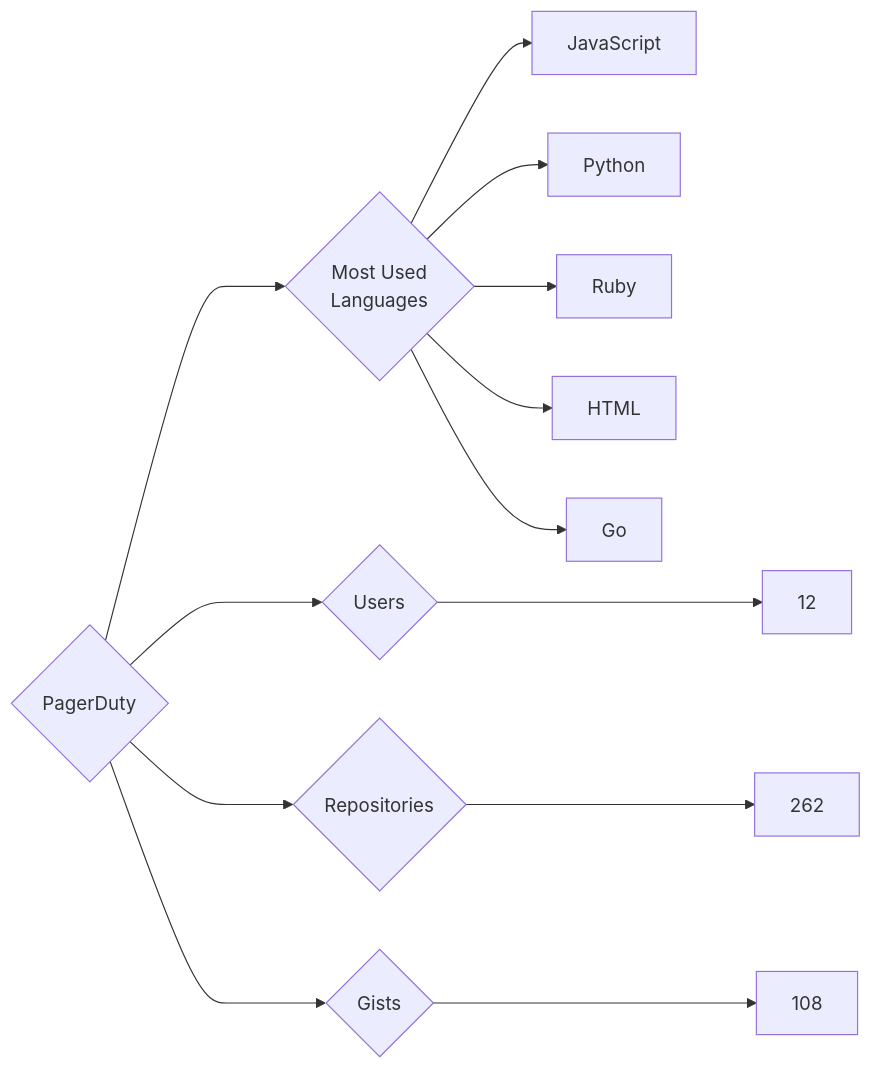
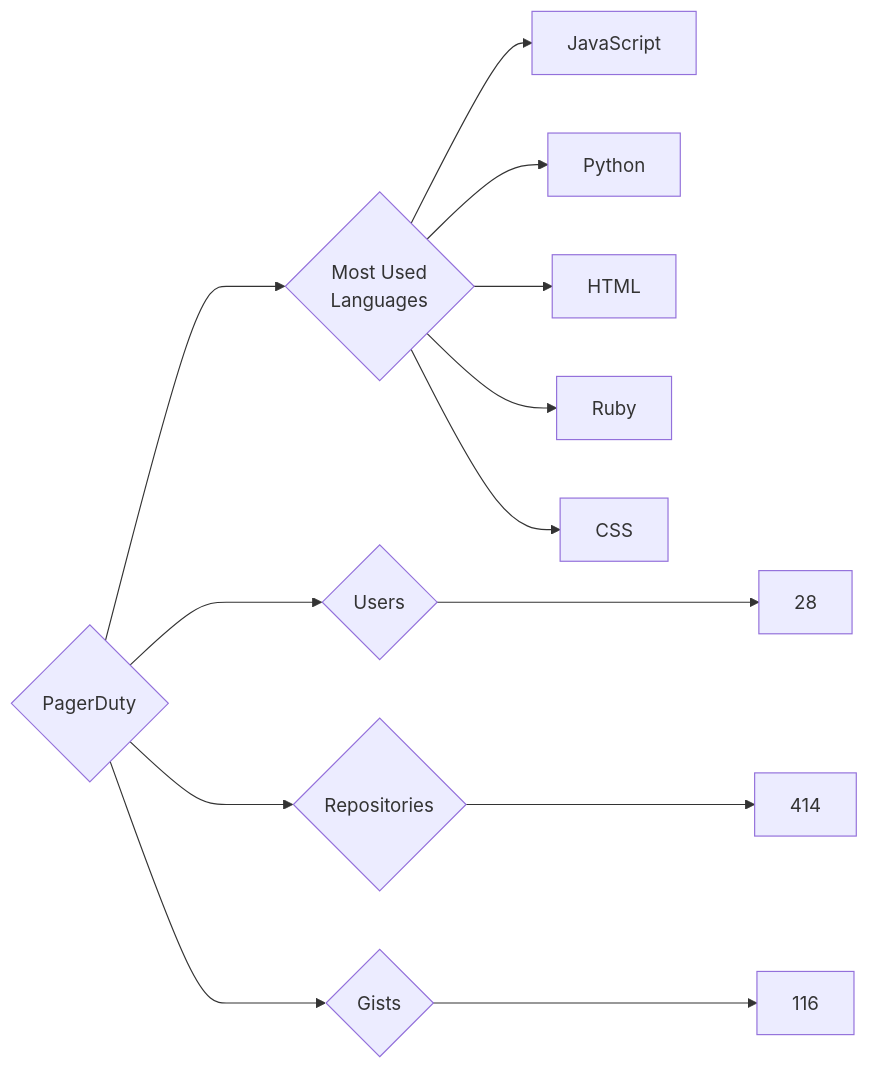
Before and after one commit to trickest/insiders: the diagram in targets/PagerDuty/README.md, drawn with Mermaid. The commit also changed 886 other files, not shown here.

````diff
--- a/targets/PagerDuty/README.md
+++ b/targets/PagerDuty/README.md
@@ -3,13 +3,13 @@
 ```mermaid
 graph LR
 COMPANY_NAME{PagerDuty}
-COMPANY_NAME ---> U{Users} ---> UN[12]
-COMPANY_NAME ---> R{Repositories} ---> RN[262]
-COMPANY_NAME ---> G{Gists} ---> GN[108]
+COMPANY_NAME ---> U{Users} ---> UN[28]
+COMPANY_NAME ---> R{Repositories} ---> RN[414]
+COMPANY_NAME ---> G{Gists} ---> GN[116]
 COMPANY_NAME ---> ML{Most Used<br>Languages}
 ML --> JavaScript[JavaScript]
 ML --> Python[Python]
+ML --> HTML[HTML]
 ML --> Ruby[Ruby]
-ML --> HTML[HTML]
-ML --> Go[Go]
+ML --> CSS[CSS]
 ```
````
